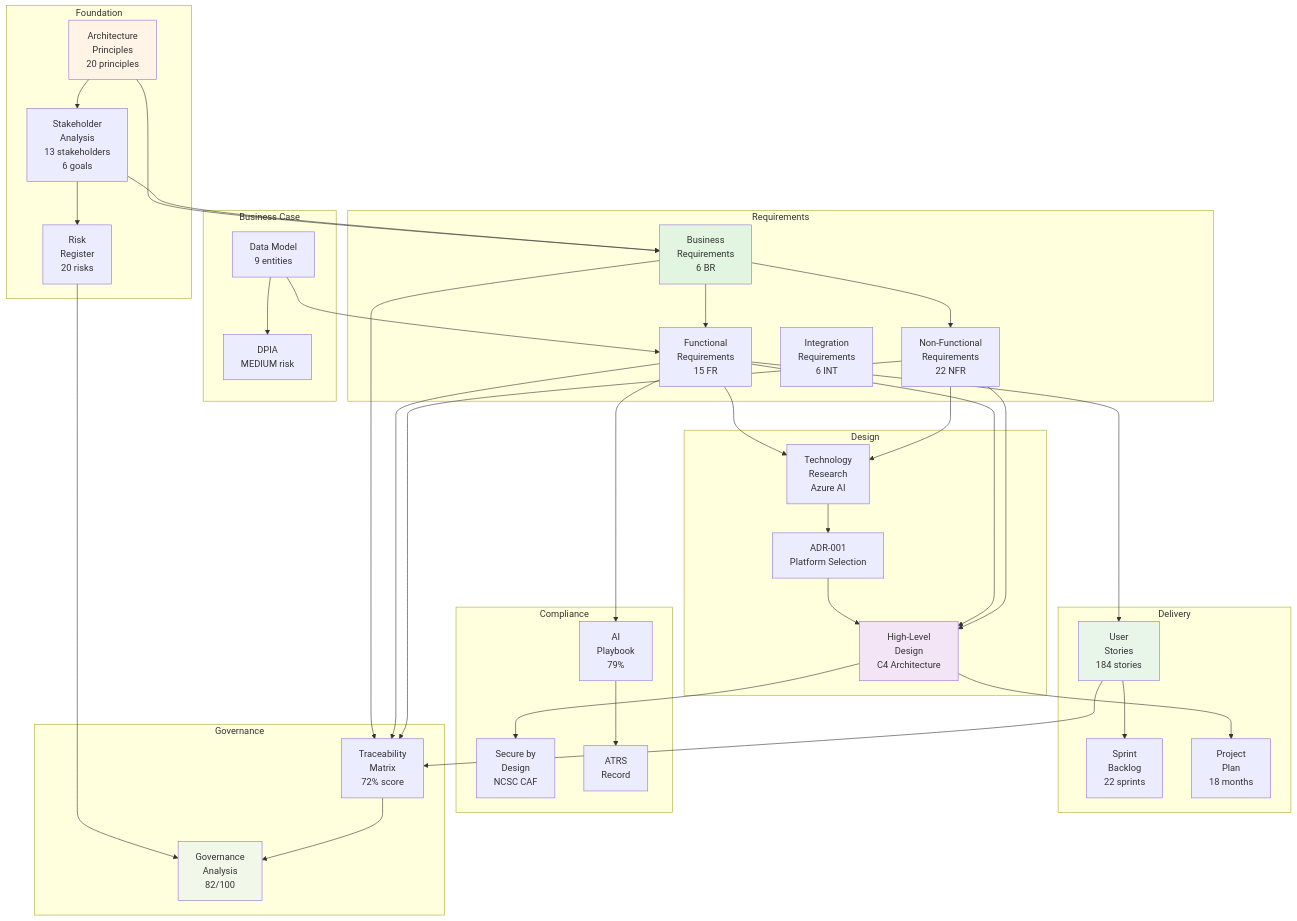
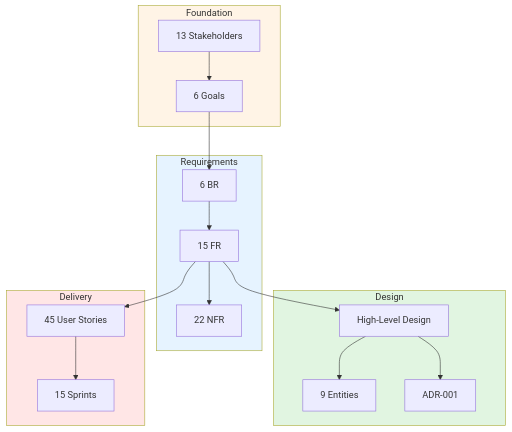
Before and after one commit to tractorjuice/arckit-test-project-v14-scottish-courts: the eighth of 10 diagrams in projects/001-scts-genai-programme/PROJECT-STORY.md, drawn with Mermaid. The commit also changed other lines of this file, not shown here.

First line of the commit message:
docs: update PROJECT-STORY.md to v2.0 with comprehensive timeline analysis

````diff
--- a/projects/001-scts-genai-programme/PROJECT-STORY.md
+++ b/projects/001-scts-genai-programme/PROJECT-STORY.md
@@ -1078,80 +699,39 @@
 ```mermaid
 flowchart TD
-    subgraph "Foundation"
-        Principles[Architecture<br/>Principles<br/>20 principles]
-        Stakeholders[Stakeholder<br/>Analysis<br/>13 stakeholders<br/>6 goals]
-        Risk[Risk<br/>Register<br/>20 risks]
+    subgraph Foundation
+        Stakeholders[13 Stakeholders]
+        Goals[6 Goals]
     end
 
-    subgraph "Business Case"
-        DataModel[Data Model<br/>9 entities]
-        DPIA[DPIA<br/>MEDIUM risk]
+    subgraph Requirements
+        BR[6 BR]
+        FR[15 FR]
+        NFR[22 NFR]
     end
 
-    subgraph "Requirements"
-        BR[Business<br/>Requirements<br/>6 BR]
-        FR[Functional<br/>Requirements<br/>15 FR]
-        NFR[Non-Functional<br/>Requirements<br/>22 NFR]
-        INT[Integration<br/>Requirements<br/>6 INT]
+    subgraph Design
+        HLD[High-Level Design]
+        DataModel[9 Entities]
+        ADR[ADR-001]
     end
 
-    subgraph "Design"
-        Research[Technology<br/>Research<br/>Azure AI]
-        ADR[ADR-001<br/>Platform Selection]
-        HLD[High-Level<br/>Design<br/>C4 Architecture]
+    subgraph Delivery
+        Stories[45 User Stories]
+        Sprints[15 Sprints]
     end
 
-    subgraph "Delivery"
-        Stories[User<br/>Stories<br/>184 stories]
-        Sprints[Sprint<br/>Backlog<br/>22 sprints]
-        Plan[Project<br/>Plan<br/>18 months]
-    end
-
-    subgraph "Compliance"
-        AIPlaybook[AI<br/>Playbook<br/>79%]
-        Secure[Secure by<br/>Design<br/>NCSC CAF]
-        ATRS[ATRS<br/>Record]
-    end
-
-    subgraph "Governance"
-        Traceability[Traceability<br/>Matrix<br/>72% score]
-        Analysis[Governance<br/>Analysis<br/>82/100]
-    end
-
-    Principles --> Stakeholders
-    Principles --> BR
-    Stakeholders --> BR
-    Stakeholders --> Risk
+    Stakeholders --> Goals
+    Goals --> BR
     BR --> FR
-    BR --> NFR
-    DataModel --> FR
-    DataModel --> DPIA
-
-    FR --> Research
-    NFR --> Research
-    Research --> ADR
-    ADR --> HLD
+    FR --> NFR
     FR --> HLD
-    NFR --> HLD
-
+    HLD --> DataModel
     FR --> Stories
     Stories --> Sprints
-    HLD --> Plan
+    HLD --> ADR
 
-    FR --> AIPlaybook
-    HLD --> Secure
-    AIPlaybook --> ATRS
-
-    BR --> Traceability
-    FR --> Traceability
-    NFR --> Traceability
-    Stories --> Traceability
-    Risk --> Analysis
-    Traceability --> Analysis
-
-    style Principles fill:#fff4e6
-    style BR fill:#e1f5e1
-    style HLD fill:#f3e5f5
-    style Stories fill:#e8f5e9
-    style Analysis fill:#f1f8e9
+    style Foundation fill:#fff4e6
+    style Requirements fill:#e6f3ff
+    style Design fill:#e1f5e1
+    style Delivery fill:#ffe6e6
 ```
````
